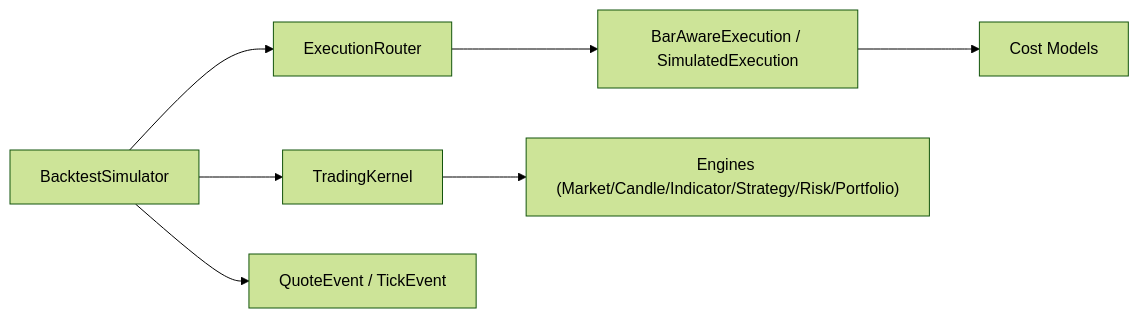
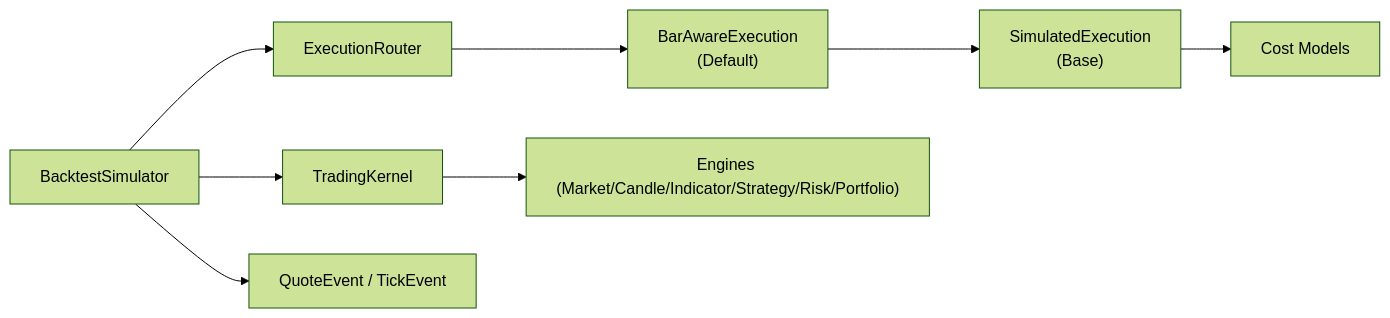
One commit to Ganesh-Kusundal/nTrade changed the seventh of 7 diagrams in .qoder/repowiki/en/content/Backtesting & Simulation/Backtest Simulator.md. Above: the diagram before and after it, drawn with Mermaid (forest theme). The commit also changed other lines of this file and 203 other files, not shown here.

````diff
--- a/.qoder/repowiki/en/content/Backtesting & Simulation/Backtest Simulator.md
+++ b/.qoder/repowiki/en/content/Backtesting & Simulation/Backtest Simulator.md
@@ -400,9 +423,10 @@
 ```mermaid
 graph LR
 BS["BacktestSimulator"] --> TK["TradingKernel"]
 BS --> ER["ExecutionRouter"]
-ER --> BE["BarAwareExecution / SimulatedExecution"]
-BE --> CM["Cost Models"]
+ER --> BAE["BarAwareExecution<br/>(Default)"]
+BAE --> SE["SimulatedExecution<br/>(Base)"]
+SE --> CM["Cost Models"]
 BS --> EV["QuoteEvent / TickEvent"]
 TK --> ENG["Engines (Market/Candle/Indicator/Strategy/Risk/Portfolio)"]
 ```
````
